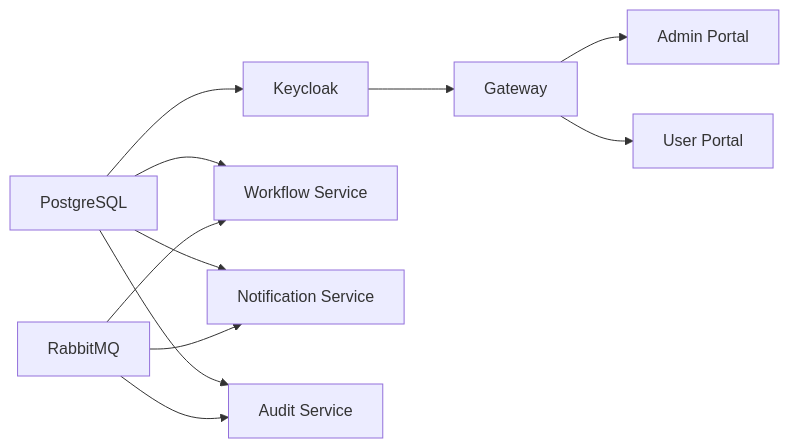
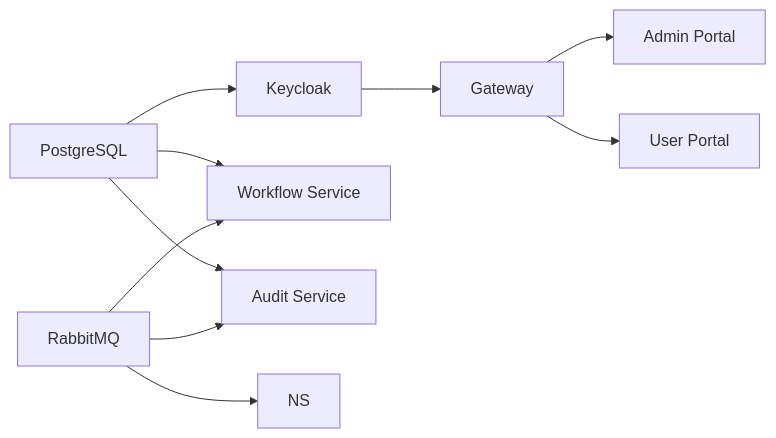
The second of 6 diagrams in docs/architecture/c4-deployment.md (mszalus/workflow-platform), drawn with Mermaid before and after one commit. The commit also changed other lines of this file and 54 other files, not shown here.

First line of the commit message:
feat(workflow): fold notification-service into workflow-service

````diff
--- a/docs/architecture/c4-deployment.md
+++ b/docs/architecture/c4-deployment.md
@@ -45,13 +43,12 @@
 ```mermaid
 flowchart LR
     PG[PostgreSQL] --> KC[Keycloak]
     PG --> WF[Workflow Service]
-    PG --> NS[Notification Service]
     PG --> AS[Audit Service]
     RMQ[RabbitMQ] --> WF
     RMQ --> NS
     RMQ --> AS
     KC --> GW[Gateway]
     GW --> AP[Admin Portal]
     GW --> UP[User Portal]
 ```
````
